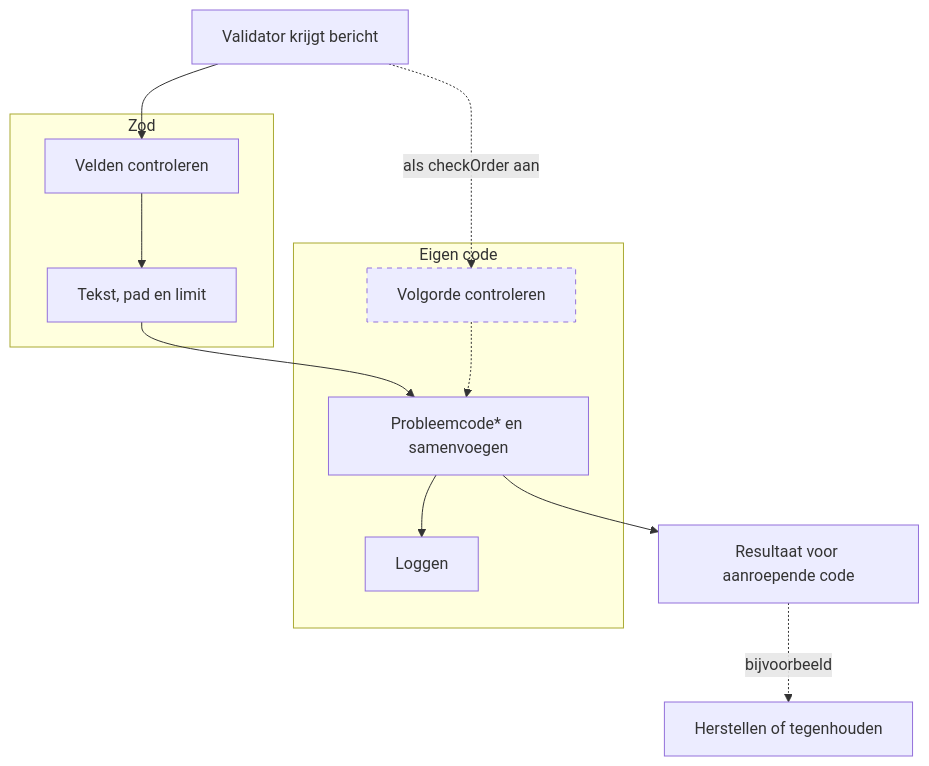
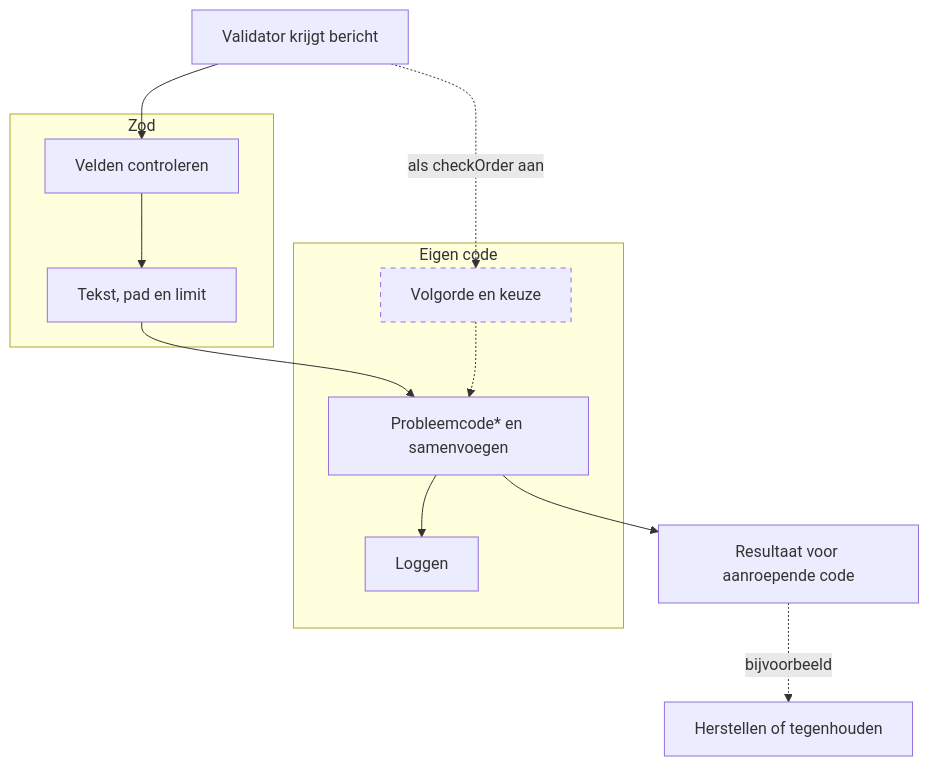
One commit to GemeenteNijmegen/aanvragen-sociaal-domein changed the diagram in src/validate/docs/technische-keuzes.md. Above: the diagram before and after it, drawn with Mermaid. The commit also changed other lines of this file and 3 other files, not shown here.

````diff
--- a/src/validate/docs/technische-keuzes.md
+++ b/src/validate/docs/technische-keuzes.md
@@ -14,23 +18,23 @@
 ```mermaid
 flowchart TD
     In[Validator krijgt bericht]
     subgraph zod[Zod]
         V[Velden controleren]
         T[Tekst, pad en limit]
     end
     subgraph eigen[Eigen code]
-        O[Volgorde controleren]
+        O[Volgorde en keuze]
         M[Probleemcode* en samenvoegen]
         L[Loggen]
     end
     In --> V
     In -.->|als checkOrder aan| O
     V --> T
     T --> M
     O -.-> M
     M --> L
     M --> R[Resultaat voor aanroepende code]
     R -.->|bijvoorbeeld| H[Herstellen of tegenhouden]
     classDef optional stroke-dasharray: 5 5
     class O optional
 ```
````
